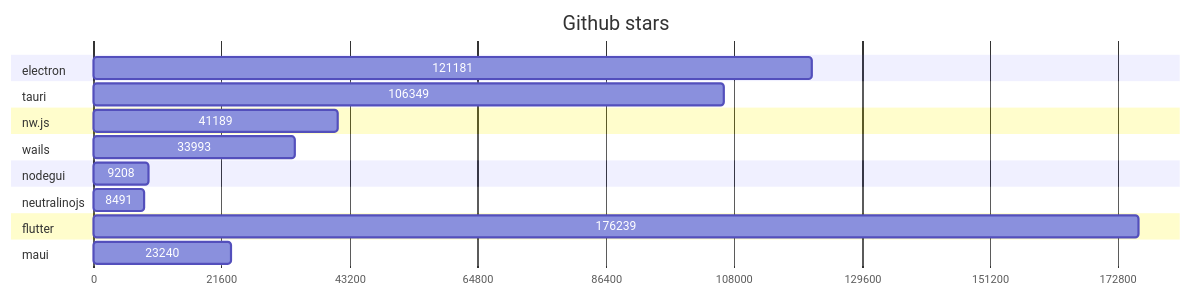
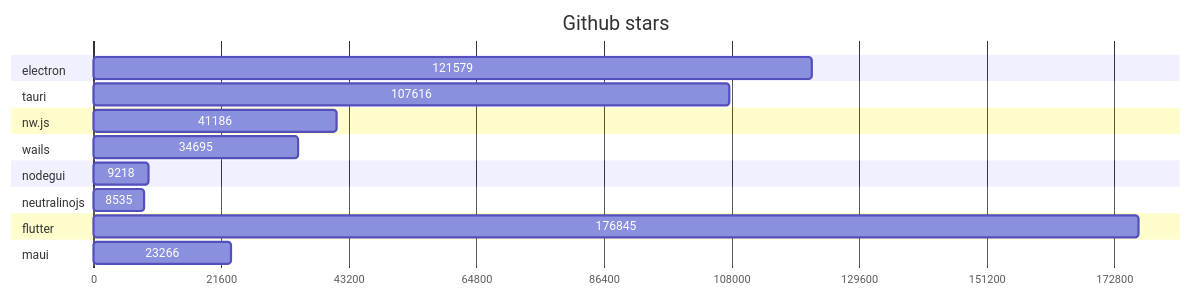
The first of 2 diagrams in GRAPHS.md (Elanis/web-to-desktop-framework-comparison), drawn with Mermaid before and after one commit. The commit also changed other lines of this file and 2 other files, not shown here.

Commit message:
Update stars & Fork

````diff
--- a/GRAPHS.md
+++ b/GRAPHS.md
@@ -5,40 +5,40 @@
 ```mermaid
 gantt
     title Github stars
     dateFormat  X
     axisFormat %s
 
 
 	section electron
-	121181 : 0, 121181
+	121579 : 0, 121579
 
 	
 	section tauri
-	106349 : 0, 106349
+	107616 : 0, 107616
 
 	
 	section nw.js
-	41189 : 0, 41189
+	41186 : 0, 41186
 
 	
 	section wails
-	33993 : 0, 33993
+	34695 : 0, 34695
 
 	
 	section nodegui
-	9208 : 0, 9208
+	9218 : 0, 9218
 
 	
 	section neutralinojs
-	8491 : 0, 8491
+	8535 : 0, 8535
 
 	
 	section flutter
-	176239 : 0, 176239
+	176845 : 0, 176845
 
 	
 	section maui
-	23240 : 0, 23240
+	23266 : 0, 23266
 
 	
 ```
````
